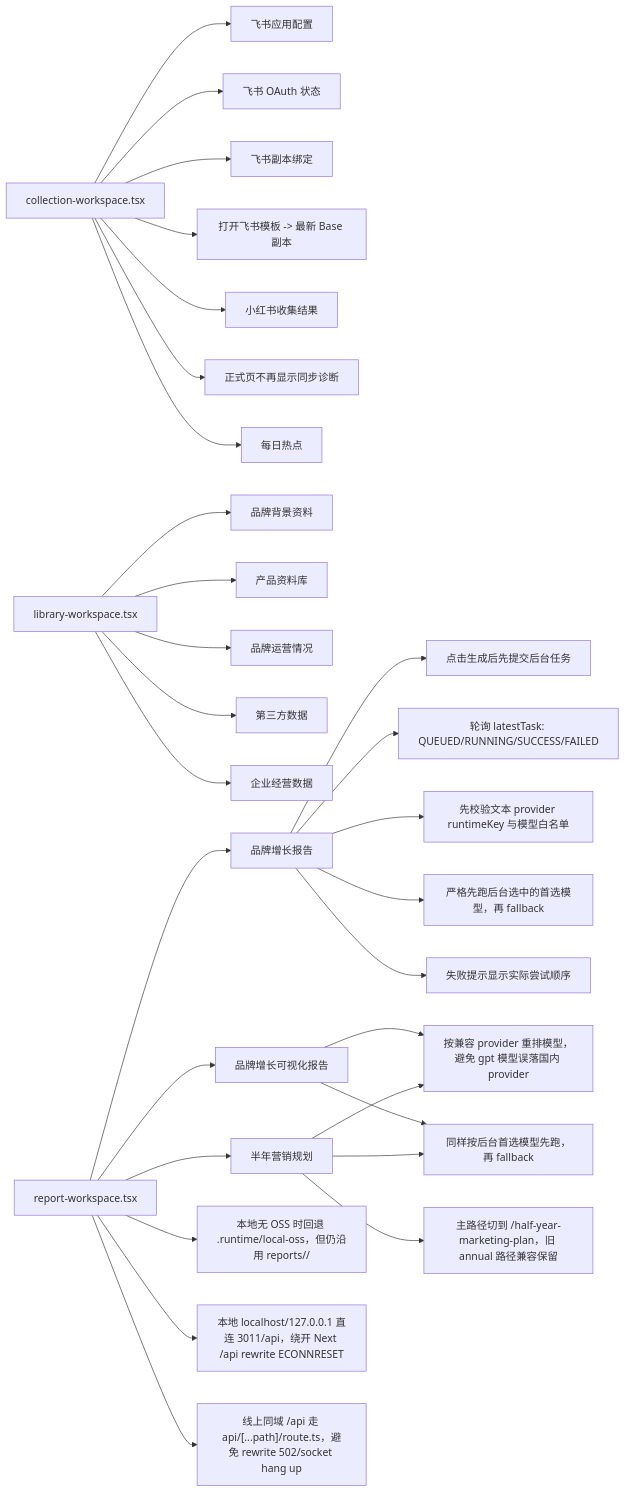
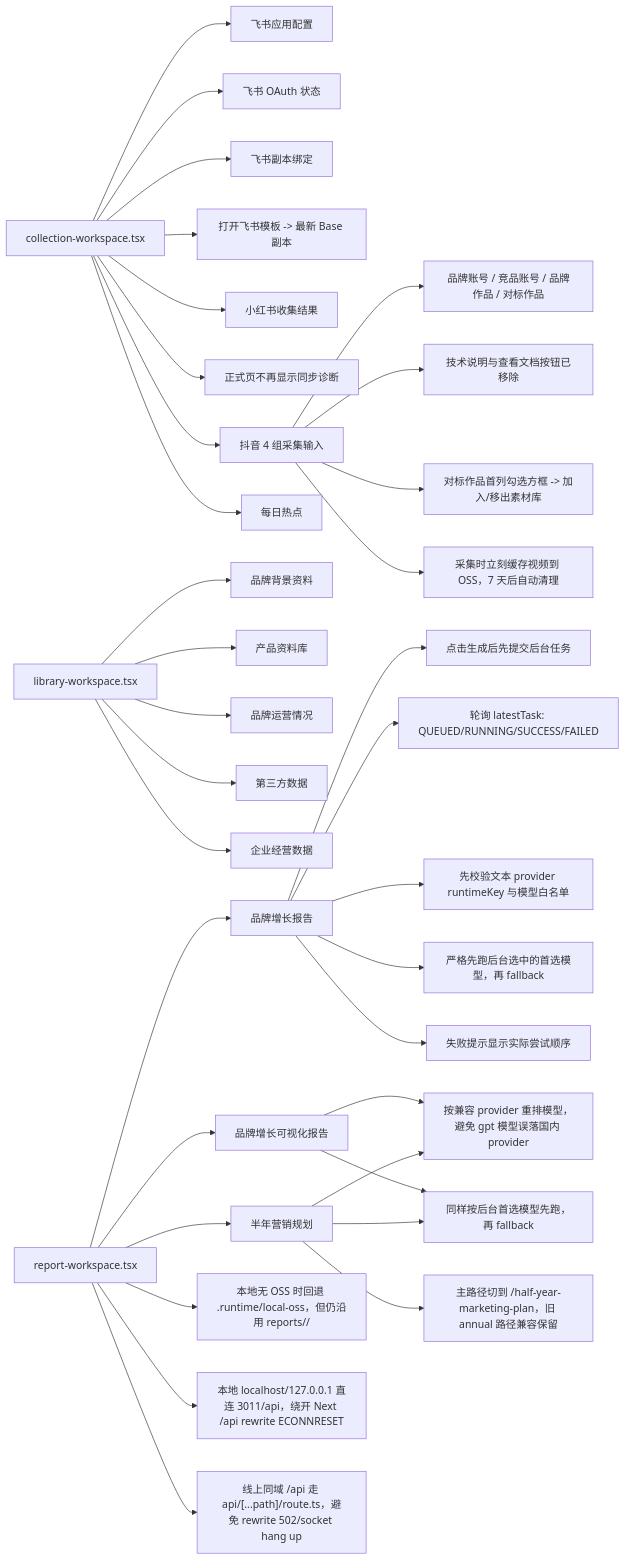
One commit to Depthukesh/ai-omni-ops-system changed the fourth of 12 diagrams in docs/site-map-mermaid.md. Above: the diagram before and after it, drawn with Mermaid. The commit also changed other lines of this file and 6 other files, not shown here.

````diff
--- a/docs/site-map-mermaid.md
+++ b/docs/site-map-mermaid.md
@@ -183,36 +187,41 @@
 ```mermaid
 flowchart LR
     A["collection-workspace.tsx"]
     A --> A1["飞书应用配置"]
     A --> A2["飞书 OAuth 状态"]
     A --> A3["飞书副本绑定"]
     A --> A31["打开飞书模板 -> 最新 Base 副本"]
     A --> A4["小红书收集结果"]
     A --> A41["正式页不再显示同步诊断"]
+    A --> A6["抖音 4 组采集输入"]
+    A6 --> A61["品牌账号 / 竞品账号 / 品牌作品 / 对标作品"]
+    A6 --> A62["技术说明与查看文档按钮已移除"]
+    A6 --> A63["对标作品首列勾选方框 -> 加入/移出素材库"]
+    A6 --> A64["采集时立刻缓存视频到 OSS，7 天后自动清理"]
     A --> A5["每日热点"]
 
     B["library-workspace.tsx"]
     B --> B1["品牌背景资料"]
     B --> B2["产品资料库"]
     B --> B3["品牌运营情况"]
     B --> B4["第三方数据"]
     B --> B5["企业经营数据"]
 
     C["report-workspace.tsx"]
     C --> C1["品牌增长报告"]
     C --> C2["品牌增长可视化报告"]
     C --> C3["半年营销规划"]
     C1 --> C10["点击生成后先提交后台任务"]
     C1 --> C11["轮询 latestTask: QUEUED/RUNNING/SUCCESS/FAILED"]
     C1 --> C12["先校验文本 provider runtimeKey 与模型白名单"]
     C1 --> C17["严格先跑后台选中的首选模型，再 fallback"]
     C1 --> C18["失败提示显示实际尝试顺序"]
     C2 --> C13["忽略不兼容的图像 provider，回退国内文本 provider"]
     C2 --> C19["同样按后台首选模型先跑，再 fallback"]
     C3 --> C13["按兼容 provider 重排模型，避免 gpt 模型误落国内 provider"]
     C3 --> C20["主路径切到 /half-year-marketing-plan，旧 annual 路径兼容保留"]
     C3 --> C19
     C --> C14["本地无 OSS 时回退 .runtime/local-oss，但仍沿用 reports/<brandId>/<fileName>"]
     C --> C15["本地 localhost/127.0.0.1 直连 3011/api，绕开 Next /api rewrite ECONNRESET"]
     C --> C16["线上同域 /api 走 api/[...path]/route.ts，避免 rewrite 502/socket hang up"]
 ```
````
